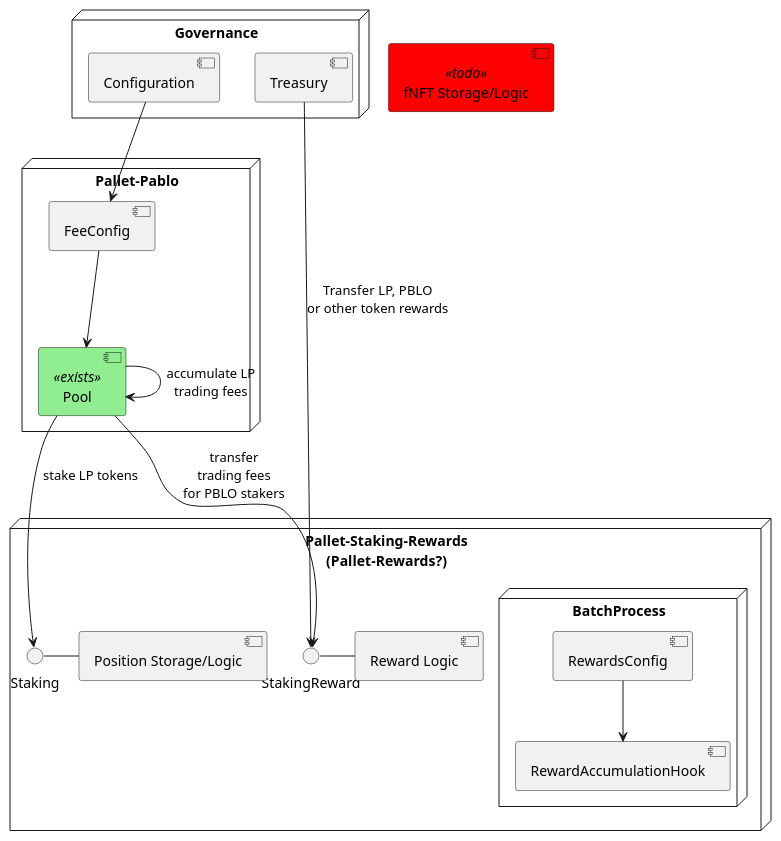
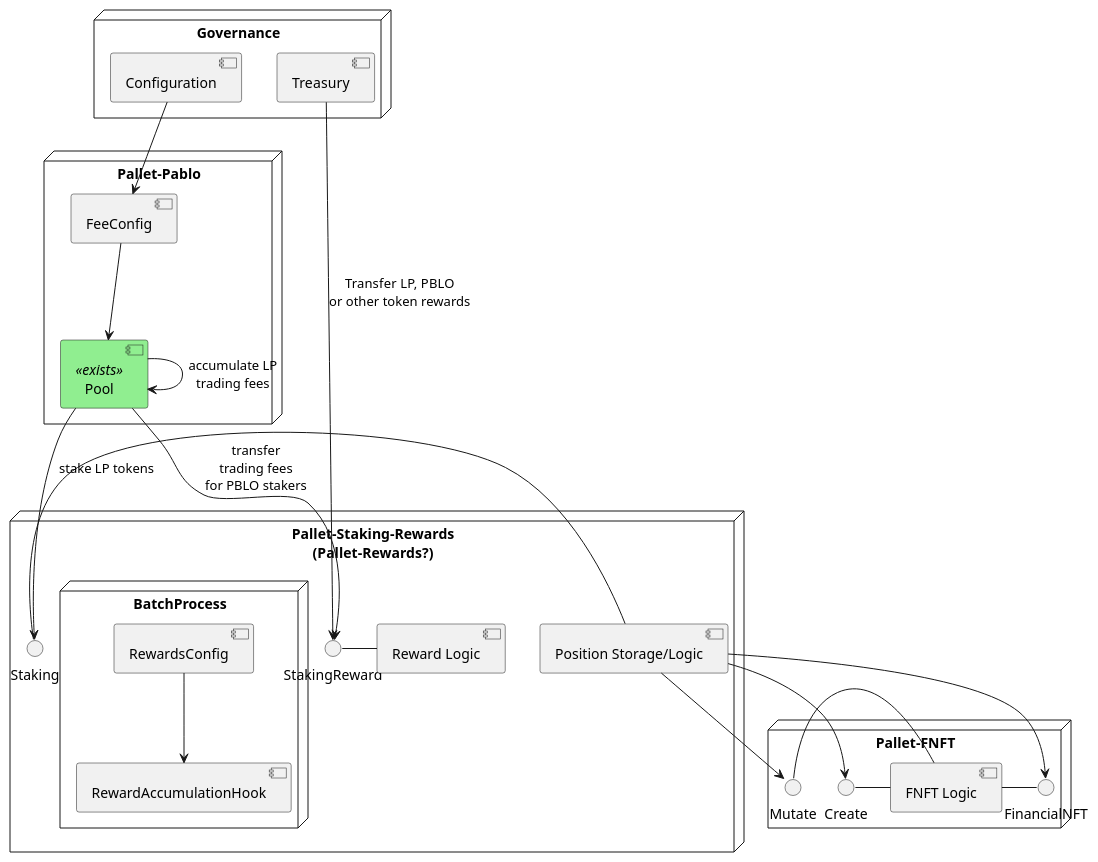
Before and after one commit to ComposableFi/composable: the second of 9 diagrams in rfcs/0005-pablo-distribution-assets/0005-pablo-distribution.adoc, drawn with PlantUML. The commit also changed other lines of this file and 14 other files, not shown here.

```diff
--- a/rfcs/0005-pablo-distribution-assets/0005-pablo-distribution.adoc
+++ b/rfcs/0005-pablo-distribution-assets/0005-pablo-distribution.adoc
@@ -151,33 +151,39 @@
 [plantuml,images/pablo-distribution-verview,png]
 ----
 skinparam component {
   backgroundColor<<exists>> LightGreen
   backgroundColor<<todo>> Red
+}
+
+node "Pallet-FNFT" {
+    FinancialNFT - [FNFT Logic]
+    Mutate - [FNFT Logic]
+    Create - [FNFT Logic]
 }
 
 node "Pallet-Staking-Rewards\n(Pallet-Rewards?)" {
     StakingReward - [Reward Logic]
     Staking - [Position Storage/Logic]
     Node "BatchProcess" {
         [RewardsConfig] --> [RewardAccumulationHook]
     }
+    [Position Storage/Logic] -down-> FinancialNFT
+    [Position Storage/Logic] -down-> Mutate
+    [Position Storage/Logic] -down-> Create
 }
-
-[fNFT Storage/Logic] <<todo>>
-
 
 node "Pallet-Pablo" {
     [Pool] --> StakingReward : transfer\ntrading fees\nfor PBLO stakers
     [Pool] --> Staking : stake LP tokens
     [Pool] --> [Pool] : accumulate LP\ntrading fees
     [FeeConfig] --> [Pool]
 }
 
 [Pool] <<exists>>
 
 
 node "Governance" {
     [Configuration] --> [FeeConfig]
     [Treasury]--> StakingReward: Transfer LP, PBLO\nor other token rewards
 }
 ----
```
